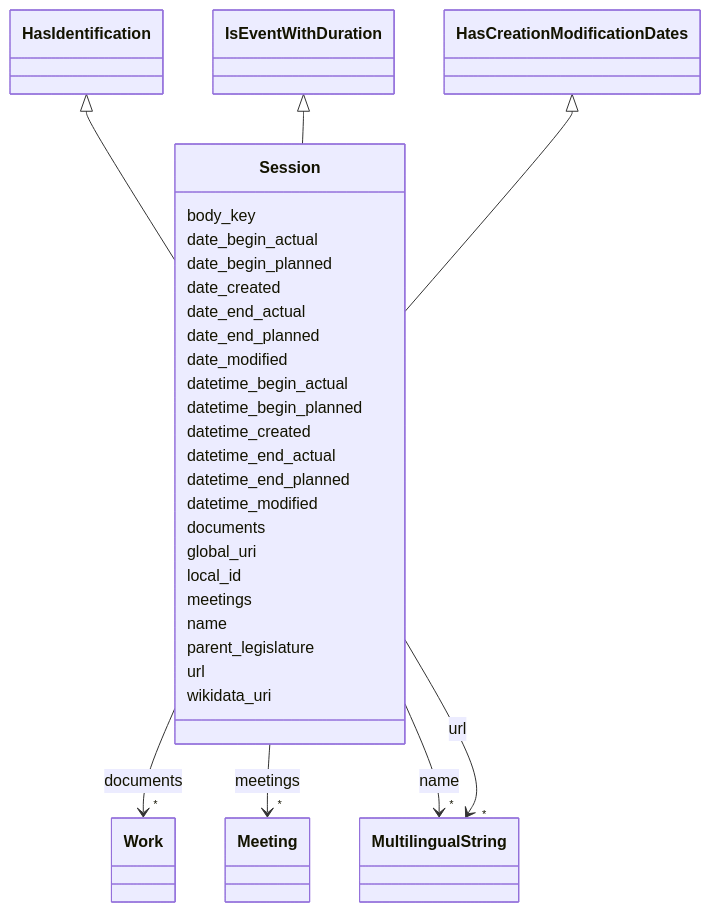
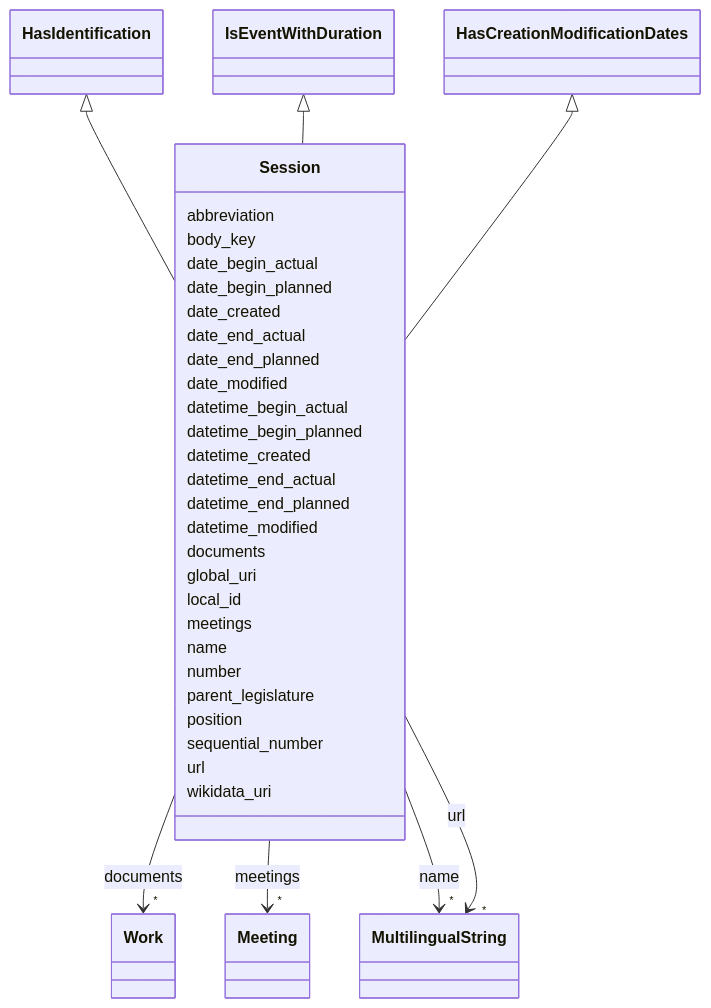
One commit to swiss/political-affairs-ech-group changed the diagram in ech-0293_operations/output/docs/Session.md. Above: the diagram before and after it, drawn with Mermaid. The commit also changed other lines of this file and 65 other files, not shown here.

```diff
--- a/ech-0293_operations/output/docs/Session.md
+++ b/ech-0293_operations/output/docs/Session.md
@@ -30,6 +30,8 @@
       HasCreationModificationDates <|-- Session
         click HasCreationModificationDates href "../HasCreationModificationDates/"
       
+      Session : abbreviation
+        
       Session : body_key
         
       Session : date_begin_actual
@@ -93,7 +95,13 @@
     
 
         
+      Session : number
+        
       Session : parent_legislature
+        
+      Session : position
+        
+      Session : sequential_number
         
       Session : url
         
```
